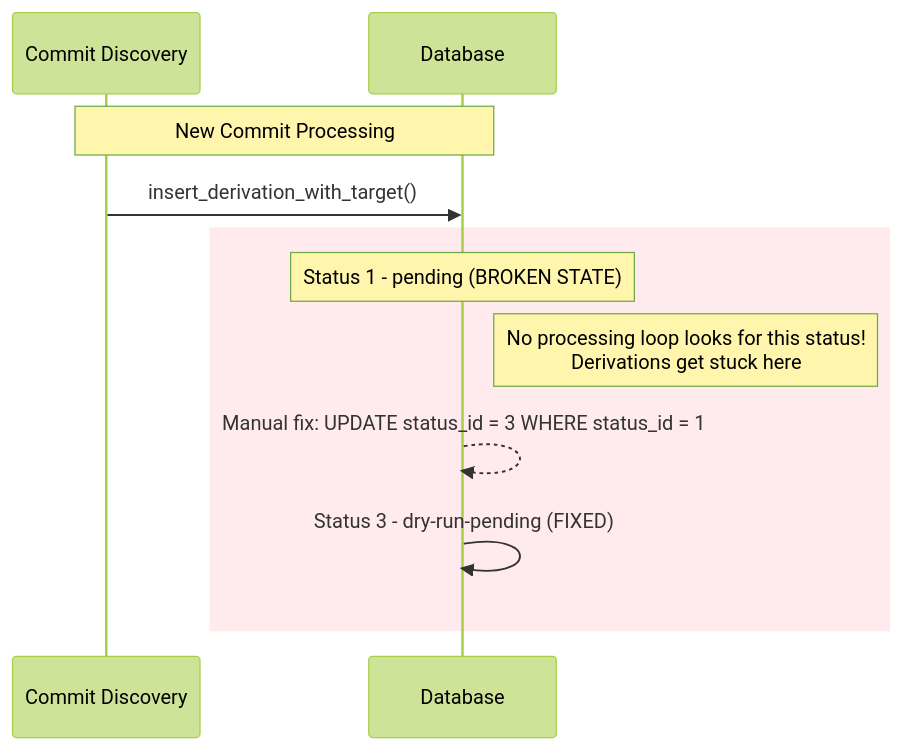
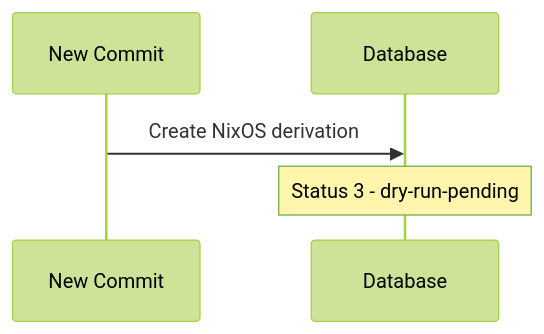
The first of 4 diagrams in docs/derivation-status.md (usmcamp0811/crystal-forge), drawn with Mermaid (forest theme) before and after one commit. The commit also changed other lines of this file, not shown here.

````diff
--- a/docs/derivation-status.md
+++ b/docs/derivation-status.md
@@ -11,16 +11,8 @@
 ```mermaid
 sequenceDiagram
-    participant C as Commit Discovery
+    participant Commit as New Commit
     participant DB as Database
 
-    Note over C, DB: New Commit Processing
-
-    C->>DB: insert_derivation_with_target()
-
-    rect rgb(255, 235, 238)
-        Note over DB: Status 1 - pending (BROKEN STATE)
-        Note right of DB: No processing loop looks for this status!<br/>Derivations get stuck here
-        DB-->>DB: Manual fix: UPDATE status_id = 3 WHERE status_id = 1
-        DB->>DB: Status 3 - dry-run-pending (FIXED)
-    end
+    Commit->>DB: Create NixOS derivation
+    Note over DB: Status 3 - dry-run-pending
 ```
````
